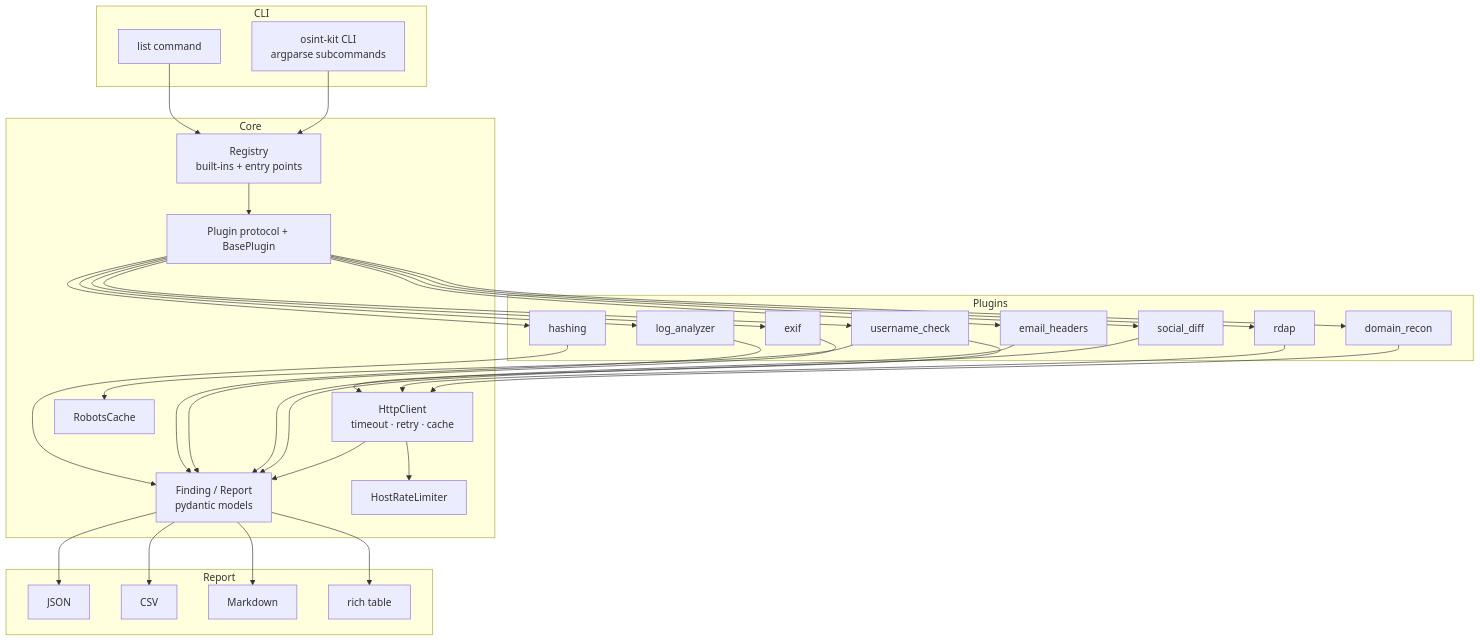
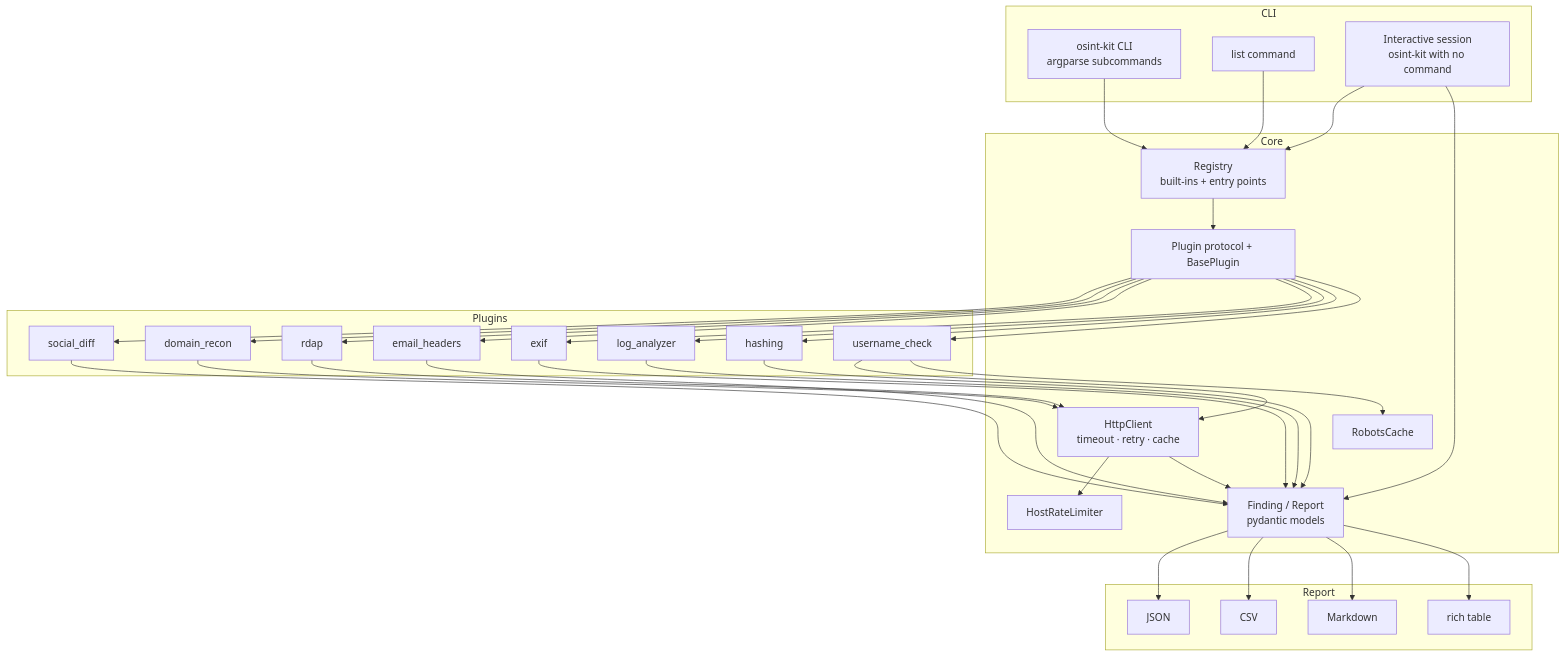
The diagram in README.md (developer-az/pyFollowerVsFollowing), drawn with Mermaid before and after one commit. The commit also changed other lines of this file and 1 other file, not shown here.

First line of the commit message:
docs: document interactive mode, fix the export-history note, smoke-test the TUI in CI

````diff
--- a/README.md
+++ b/README.md
@@ -45,45 +45,48 @@
 ```mermaid
 flowchart TD
     subgraph CLI
         A[osint-kit CLI<br/>argparse subcommands]
         B[list command]
+        U[Interactive session<br/>osint-kit with no command]
     end
 
     subgraph Core
         C[Plugin protocol + BasePlugin]
         D[Registry<br/>built-ins + entry points]
         E[Finding / Report<br/>pydantic models]
         F[HttpClient<br/>timeout · retry · cache]
         G[HostRateLimiter]
         R[RobotsCache]
     end
 
     subgraph Plugins
         P1[social_diff]
         P2[domain_recon]
         P3[rdap]
         P4[email_headers]
         P5[exif]
         P6[log_analyzer]
         P7[hashing]
         P8[username_check]
     end
 
     subgraph Report
         J[JSON]
         V[CSV]
         M[Markdown]
         T[rich table]
     end
 
     A --> D
     B --> D
+    U --> D
+    U --> E
     D --> C
     C --> P1 & P2 & P3 & P4 & P5 & P6 & P7 & P8
     P2 & P3 & P8 --> F
     F --> G
     F --> E
     P8 --> R
     P1 & P4 & P5 & P6 & P7 --> E
     E --> J & V & M & T
 ```
````
